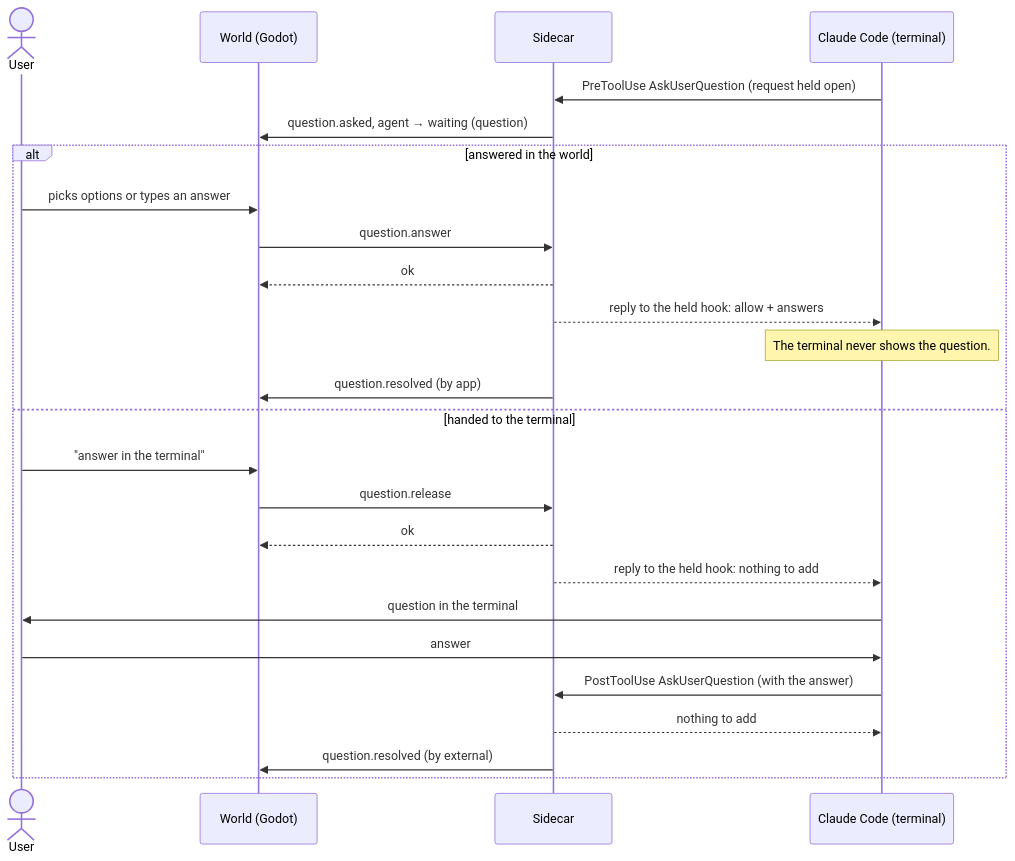
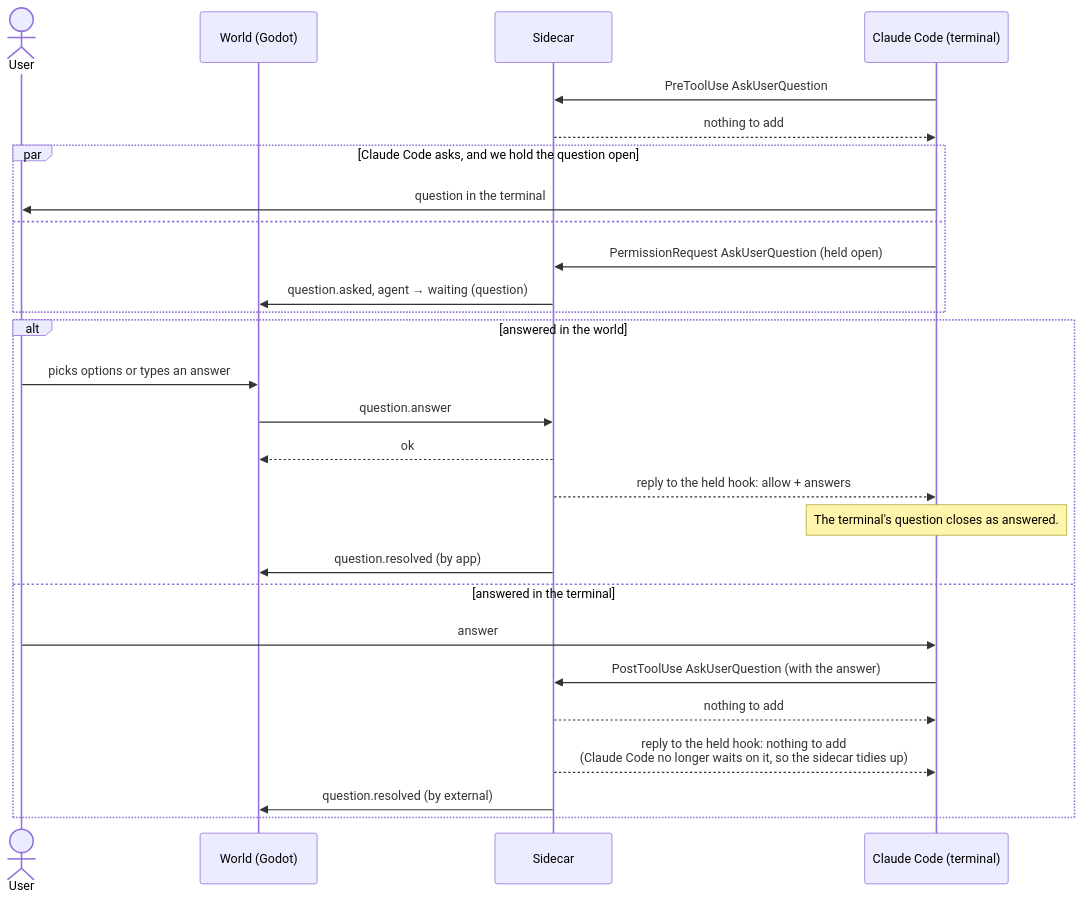
The fourth of 7 diagrams in docs/flows.md (PaoloPortugal/The-Beach), drawn with Mermaid before and after one commit. The commit also changed other lines of this file and 4 other files, not shown here.

````diff
--- a/docs/flows.md
+++ b/docs/flows.md
@@ -132,28 +146,30 @@
 ```mermaid
 sequenceDiagram
     actor User
     participant World as World (Godot)
     participant Sidecar
     participant Claude as Claude Code (terminal)
 
-    Claude->>Sidecar: PreToolUse AskUserQuestion (request held open)
-    Sidecar->>World: question.asked, agent → waiting (question)
+    Claude->>Sidecar: PreToolUse AskUserQuestion
+    Sidecar-->>Claude: nothing to add
+    par Claude Code asks, and we hold the question open
+        Claude->>User: question in the terminal
+    and
+        Claude->>Sidecar: PermissionRequest AskUserQuestion (held open)
+        Sidecar->>World: question.asked, agent → waiting (question)
+    end
     alt answered in the world
         User->>World: picks options or types an answer
         World->>Sidecar: question.answer
         Sidecar-->>World: ok
         Sidecar-->>Claude: reply to the held hook: allow + answers
-        Note over Claude: The terminal never shows the question.
+        Note over Claude: The terminal's question closes as answered.
         Sidecar->>World: question.resolved (by app)
-    else handed to the terminal
-        User->>World: "answer in the terminal"
-        World->>Sidecar: question.release
-        Sidecar-->>World: ok
-        Sidecar-->>Claude: reply to the held hook: nothing to add
-        Claude->>User: question in the terminal
+    else answered in the terminal
         User->>Claude: answer
         Claude->>Sidecar: PostToolUse AskUserQuestion (with the answer)
         Sidecar-->>Claude: nothing to add
+        Sidecar-->>Claude: reply to the held hook: nothing to add<br/>(Claude Code no longer waits on it, so the sidecar tidies up)
         Sidecar->>World: question.resolved (by external)
     end
 ```
````
